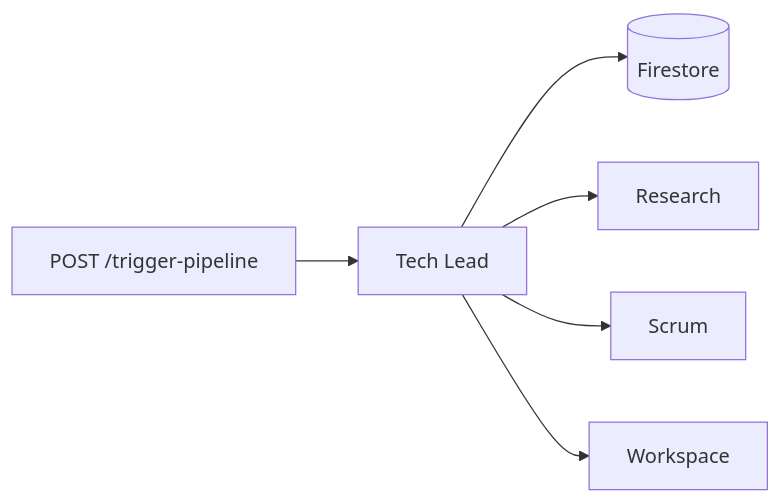
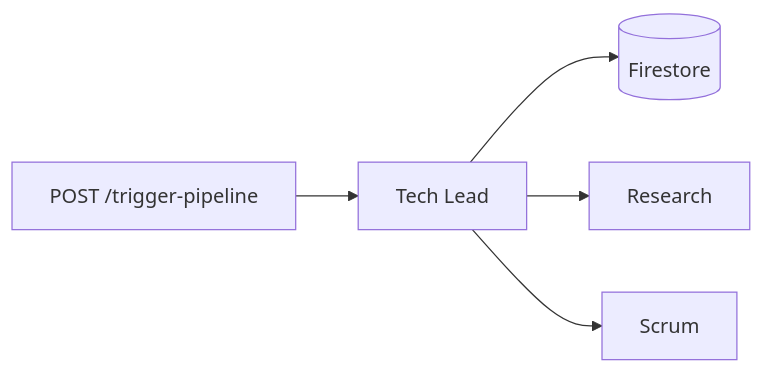
One commit to FANGxPC/autonomous-rnd-system changed the diagram in README.md. Above: the diagram before and after it, drawn with Mermaid. The commit also changed other lines of this file, not shown here.

````diff
--- a/README.md
+++ b/README.md
@@ -28,8 +28,7 @@
 ```mermaid
 flowchart LR
   API["POST /trigger-pipeline"] --> TL[Tech Lead]
   TL --> FS[(Firestore)]
   TL --> R[Research]
   TL --> S[Scrum]
-  TL --> W[Workspace]
 ```
````
